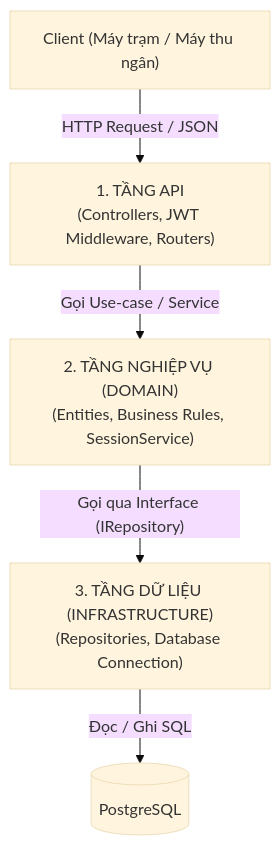
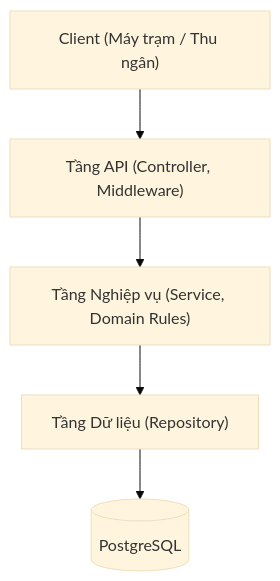
The first of 2 diagrams in README.md (trandangduat/KTPM-TEAM-14), drawn with Mermaid (base theme) before and after one commit. The commit also changed other lines of this file, not shown here.

````diff
--- a/README.md
+++ b/README.md
@@ -39,7 +33,7 @@
 ```mermaid
 flowchart TD
-    Client["Client (Máy trạm / Máy thu ngân)"] -->|"HTTP Request / JSON"| API["1. TẦNG API\n(Controllers, JWT Middleware, Routers)"]
-    API -->|"Gọi Use-case / Service"| Domain["2. TẦNG NGHIỆP VỤ (DOMAIN)\n(Entities, Business Rules, SessionService)"]
-    Domain -->|"Gọi qua Interface (IRepository)"| Infra["3. TẦNG DỮ LIỆU (INFRASTRUCTURE)\n(Repositories, Database Connection)"]
-    Infra -->|"Đọc / Ghi SQL"| DB[("PostgreSQL")]
+    Client["Client (Máy trạm / Thu ngân)"] --> API["Tầng API (Controller, Middleware)"]
+    API --> Domain["Tầng Nghiệp vụ (Service, Domain Rules)"]
+    Domain --> Infra["Tầng Dữ liệu (Repository)"]
+    Infra --> DB[("PostgreSQL")]
 ```
````
